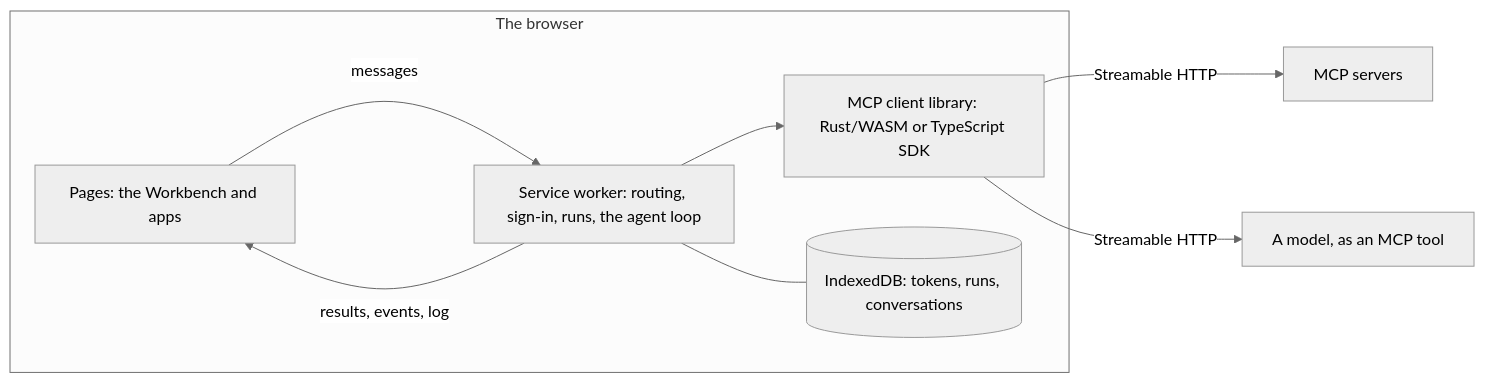
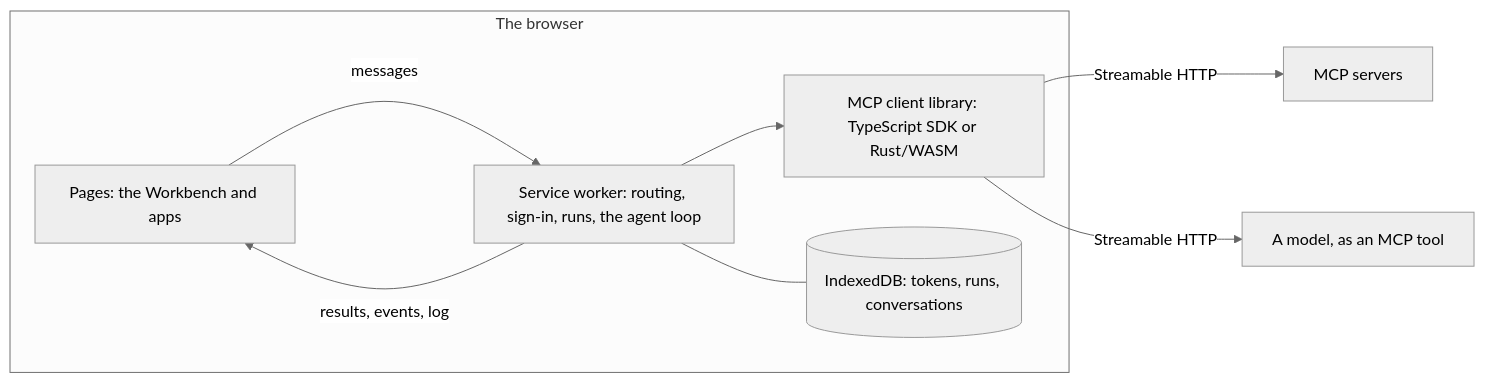
Before and after one commit to patrick-glean/mcp-browswer-client: the diagram in README.md, drawn with Mermaid (neutral theme). The commit also changed other lines of this file and 11 other files, not shown here.

First line of the commit message:
Refactor MCP Client Libraries and Update Documentation

````diff
--- a/README.md
+++ b/README.md
@@ -151,15 +151,15 @@
 ```mermaid
 flowchart LR
     subgraph browser [The browser]
         Page["Pages: the Workbench and apps"]
         SW["Service worker: routing, sign-in, runs, the agent loop"]
-        Lib["MCP client library: Rust/WASM or TypeScript SDK"]
+        Lib["MCP client library: TypeScript SDK or Rust/WASM"]
         DB[("IndexedDB: tokens, runs, conversations")]
     end
     Page -- "messages" --> SW
     SW -- "results, events, log" --> Page
     SW --> Lib
     SW --- DB
     Lib -- "Streamable HTTP" --> Servers["MCP servers"]
     Lib -- "Streamable HTTP" --> Model["A model, as an MCP tool"]
 ```
````
